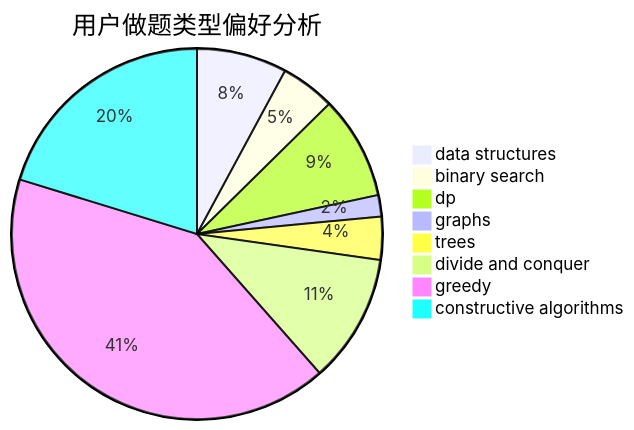
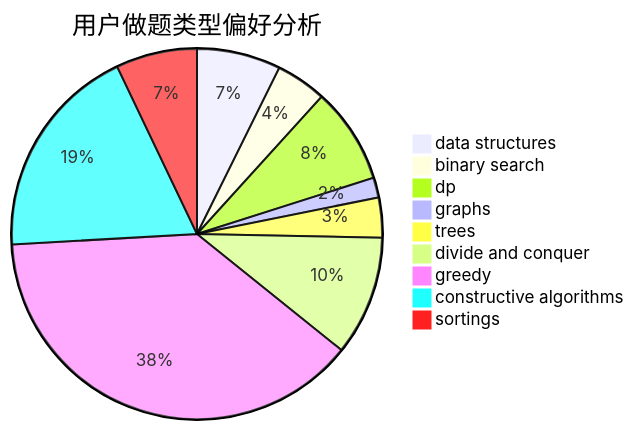
Before and after one commit to sherpahu/cfrs.github.io: the second of 3 diagrams in docs/user/u811.md, drawn with Mermaid. The commit also changed other lines of this file and 2769 other files, not shown here.

````diff
--- a/docs/user/u811.md
+++ b/docs/user/u811.md
@@ -23,11 +18,12 @@
 ```mermaid
 pie title 用户做题类型偏好分析
     "data structures" :  63
     "binary search" :  38
     "dp" :  72
     "graphs" :  15
     "trees" :  30
     "divide and conquer" :  90
     "greedy" :  330
     "constructive algorithms" :  162
+    "sortings" :  61
 ```
````
